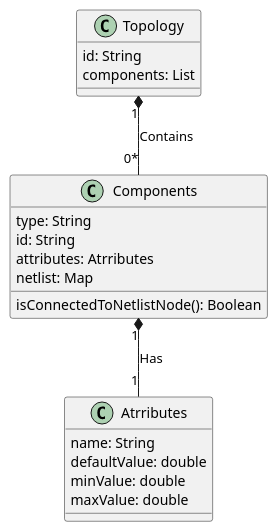
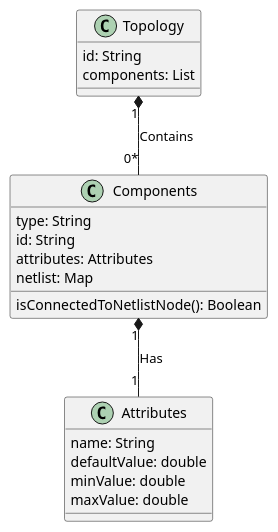
The diagram in classDiagram.puml (KarimElsayad247/MasterMicroTopologyAPI), drawn with PlantUML before and after one commit.

```diff
--- a/classDiagram.puml
+++ b/classDiagram.puml
@@ -1,22 +1,22 @@
 @startuml
 class Topology {
     id: String
     components: List
 }
 class Components {
     type: String
     id: String
-    attributes: Atrributes
+    attributes: Attributes
     netlist: Map
     isConnectedToNetlistNode(): Boolean
 }
 
-class Atrributes {
+class Attributes {
     name: String
     defaultValue: double
     minValue: double
     maxValue: double
 }
 Topology "1" *-- "0*" Components : Contains
-Components "1" *-- "1" Atrributes : Has
+Components "1" *-- "1" Attributes : Has
 @enduml
```
